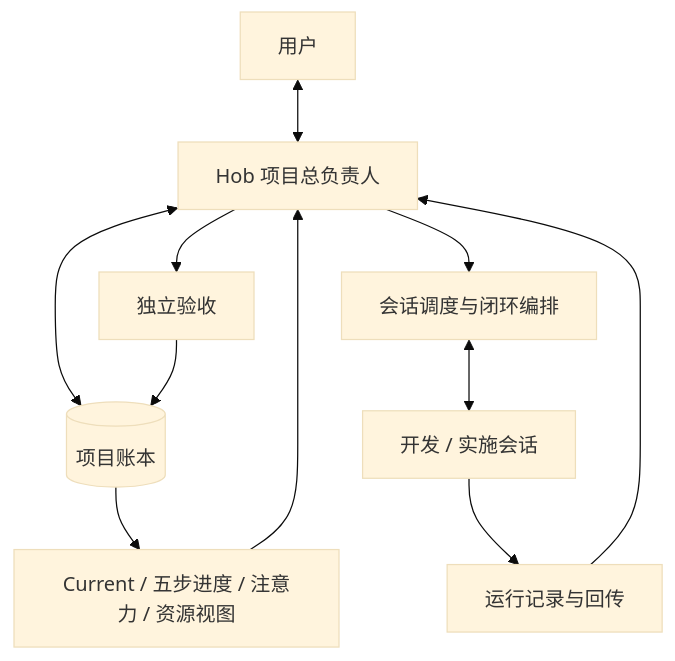
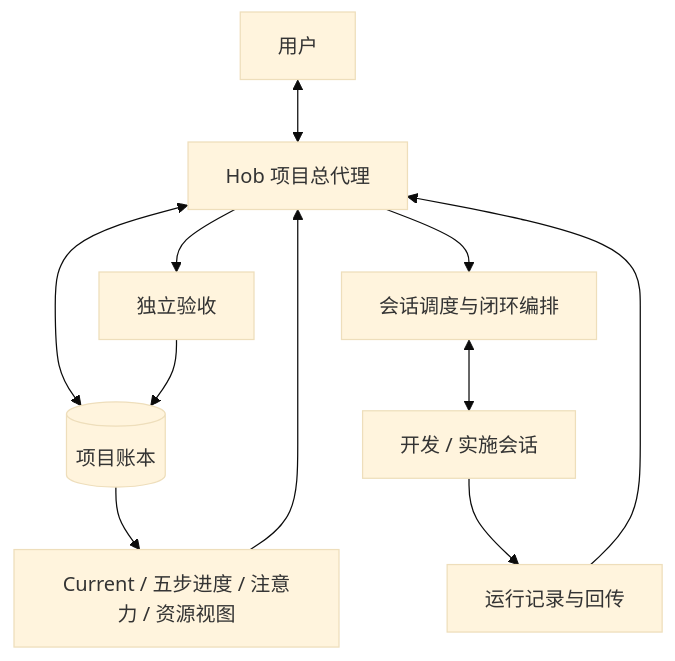
The first of 2 diagrams in kit/drafts/architecture-overview.md (Fishsb/DSH-HOB), drawn with Mermaid (base theme) before and after one commit. The commit also changed other lines of this file, not shown here.

Commit message:
docs(architecture): describe runtime-to-ledger projection and single current stage

````diff
--- a/kit/drafts/architecture-overview.md
+++ b/kit/drafts/architecture-overview.md
@@ -9,13 +9,13 @@
 ```mermaid
 flowchart TB
-  User[用户] <--> Hob[Hob 项目总负责人]
+  User[用户] <--> Hob[Hob 项目总代理]
   Hob <--> Ledger[(项目账本)]
   Hob --> Dispatch[会话调度与闭环编排]
   Dispatch <--> Dev[开发 / 实施会话]
   Dev --> Result[运行记录与回传]
   Result --> Hob
   Hob --> Acceptance[独立验收]
   Acceptance --> Ledger
   Ledger --> Views[Current / 五步进度 / 注意力 / 资源视图]
   Views --> Hob
 ```
````
